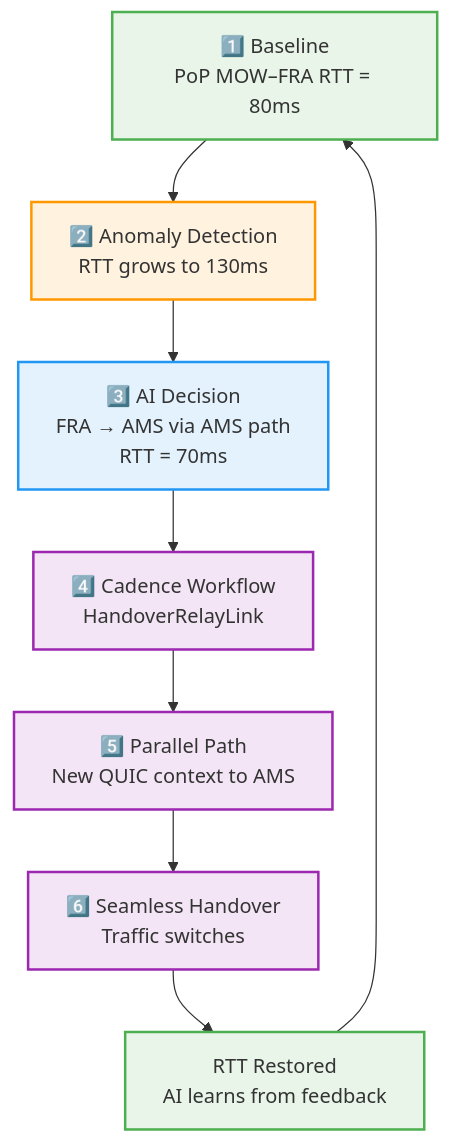
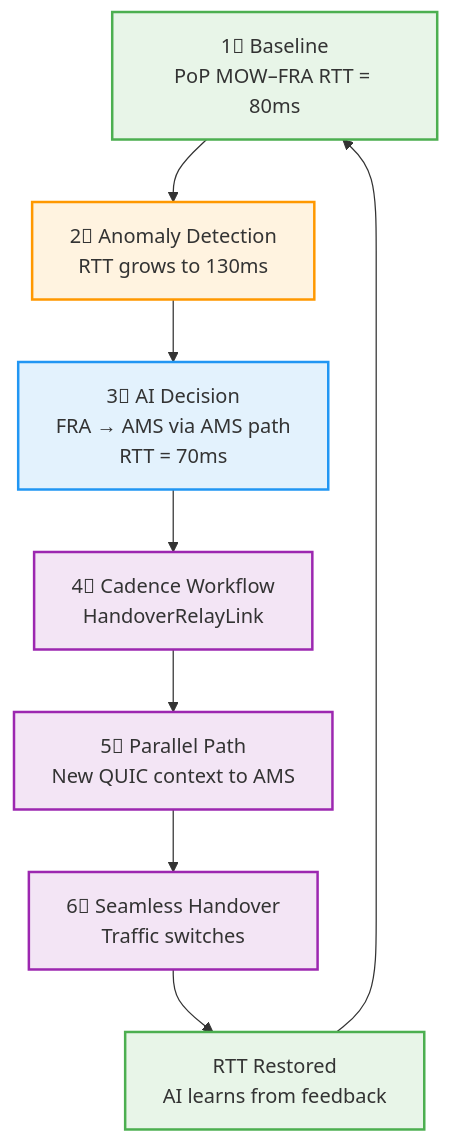
One commit to twogc/cloudbridge-relay-installer changed diagram 30 of 31 in docs/legacy/resize.md. Above: the diagram before and after it, drawn with Mermaid. The commit also changed other lines of this file and 188 other files, not shown here.

````diff
--- a/docs/legacy/resize.md
+++ b/docs/legacy/resize.md
@@ -1587,21 +1587,21 @@
 ```mermaid
 graph TD
-    A[1️⃣ Baseline<br/>PoP MOW–FRA RTT = 80ms] --> B[2️⃣ Anomaly Detection<br/>RTT grows to 130ms]
-    B --> C[3️⃣ AI Decision<br/>FRA → AMS via AMS path<br/>RTT = 70ms]
-    C --> D[4️⃣ Cadence Workflow<br/>HandoverRelayLink]
-    D --> E[5️⃣ Parallel Path<br/>New QUIC context to AMS]
-    E --> F[6️⃣ Seamless Handover<br/>Traffic switches]
+    A[1⃣ Baseline<br/>PoP MOW–FRA RTT = 80ms] --> B[2⃣ Anomaly Detection<br/>RTT grows to 130ms]
+    B --> C[3⃣ AI Decision<br/>FRA → AMS via AMS path<br/>RTT = 70ms]
+    C --> D[4⃣ Cadence Workflow<br/>HandoverRelayLink]
+    D --> E[5⃣ Parallel Path<br/>New QUIC context to AMS]
+    E --> F[6⃣ Seamless Handover<br/>Traffic switches]
     F --> G[ RTT Restored<br/>AI learns from feedback]
     G --> A
-    
+
     classDef baseline fill:#e8f5e8,stroke:#4caf50,stroke-width:2px
     classDef anomaly fill:#fff3e0,stroke:#ff9800,stroke-width:2px
     classDef decision fill:#e3f2fd,stroke:#2196f3,stroke-width:2px
     classDef action fill:#f3e5f5,stroke:#9c27b0,stroke-width:2px
     classDef success fill:#e8f5e8,stroke:#4caf50,stroke-width:2px
-    
+
     class A,G baseline
     class B anomaly
     class C decision
     class D,E,F action
 ```
````
